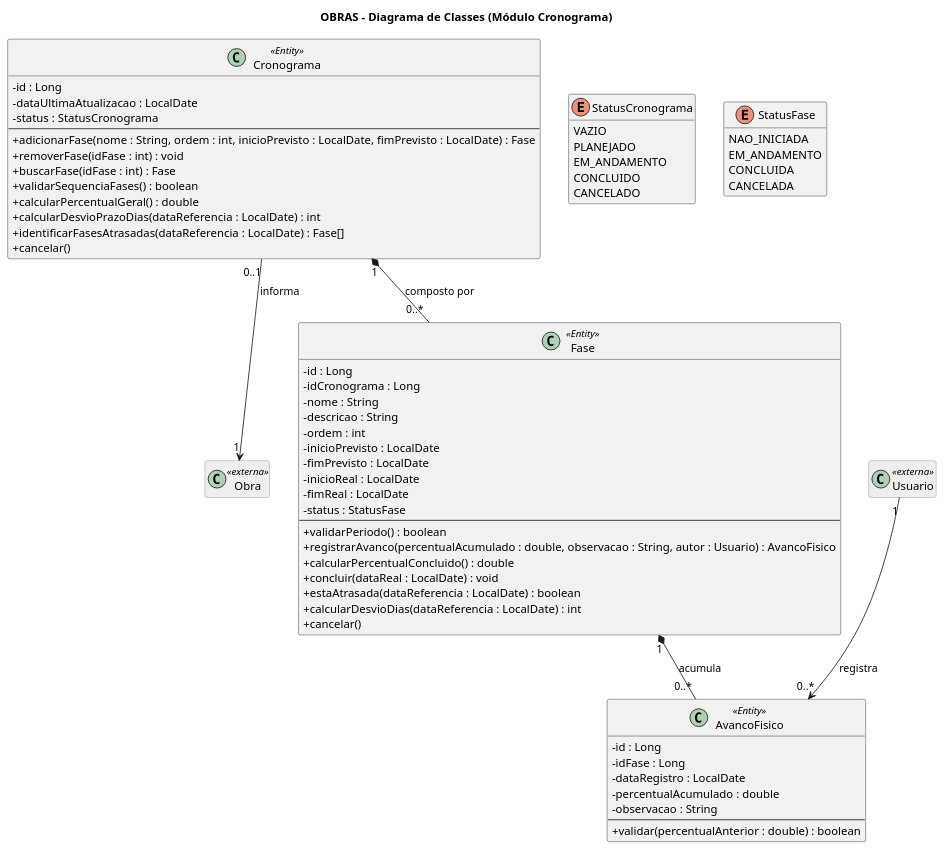
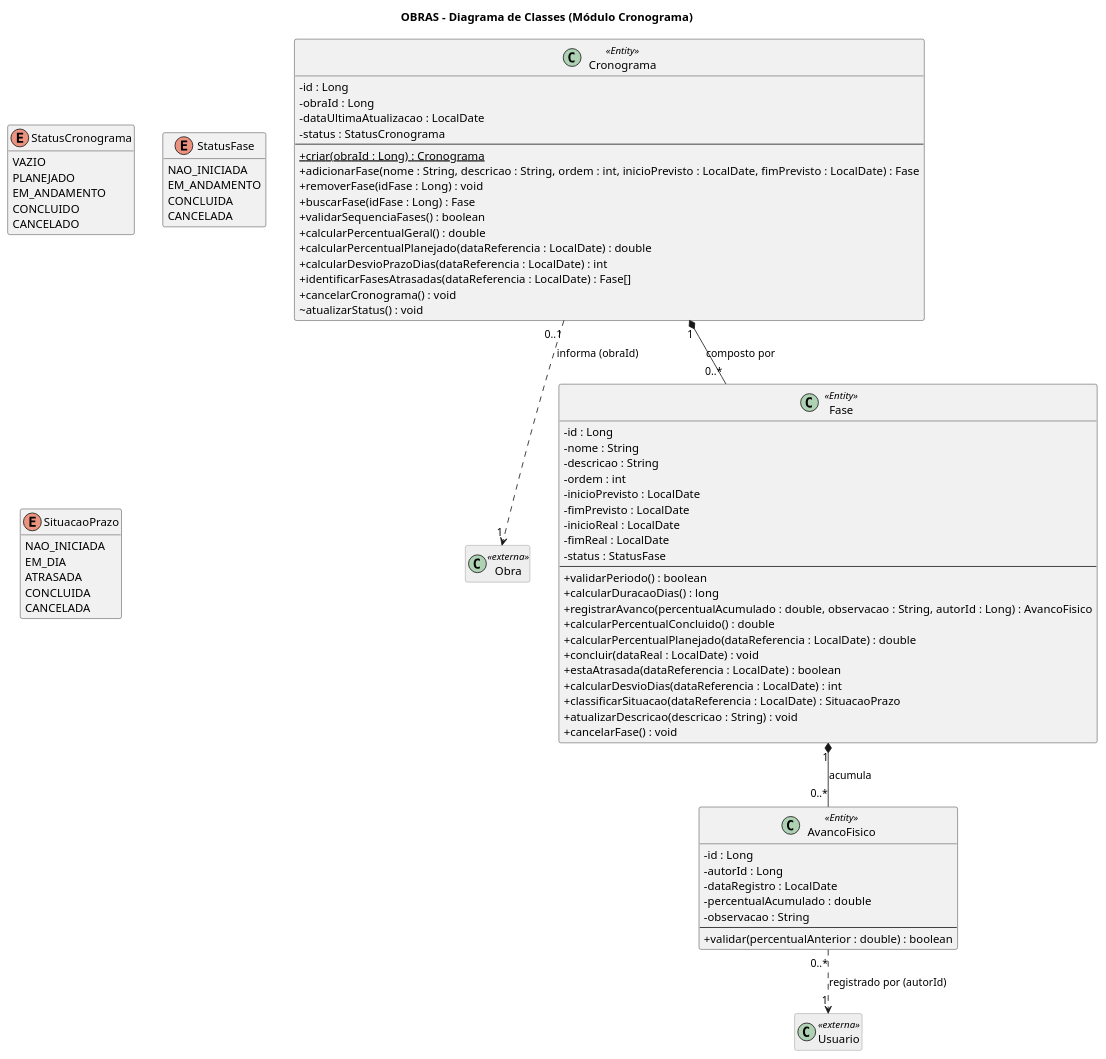
One commit to bernardoanobrega/oBRAS changed the diagram in Diagramas de classe/Modulo_Cronograma/analysis-cronograma.puml. Above: the diagram before and after it, drawn with PlantUML.

Commit message:
docs(cronograma): atualização do diagrama de classe

```diff
--- a/Diagramas de classe/Modulo_Cronograma/analysis-cronograma.puml
+++ b/Diagramas de classe/Modulo_Cronograma/analysis-cronograma.puml
@@ -1,83 +1,98 @@
 @startuml cronograma-class-diagram
 title OBRAS - Diagrama de Classes (Módulo Cronograma)
 
 skinparam classAttributeIconSize 0
 skinparam ClassFontSize 14
 skinparam classBackgroundColor<<externa>> #EEEEEE
 skinparam classBorderColor<<externa>> #888888
 hide empty members
 
 ' ===== CLASSES EXTERNAS =====
 class Obra <<externa>>
 class Usuario <<externa>>
 
 ' ===== NÚCLEO =====
 class Cronograma <<Entity>> {
   -id : Long
+  -obraId : Long
   -dataUltimaAtualizacao : LocalDate
   -status : StatusCronograma
   --
-  +adicionarFase(nome : String, ordem : int, inicioPrevisto : LocalDate, fimPrevisto : LocalDate) : Fase
-  +removerFase(idFase : int) : void
-  +buscarFase(idFase : int) : Fase
+  {static} +criar(obraId : Long) : Cronograma
+  +adicionarFase(nome : String, descricao : String, ordem : int, inicioPrevisto : LocalDate, fimPrevisto : LocalDate) : Fase
+  +removerFase(idFase : Long) : void
+  +buscarFase(idFase : Long) : Fase
   +validarSequenciaFases() : boolean
   +calcularPercentualGeral() : double
+  +calcularPercentualPlanejado(dataReferencia : LocalDate) : double
   +calcularDesvioPrazoDias(dataReferencia : LocalDate) : int
   +identificarFasesAtrasadas(dataReferencia : LocalDate) : Fase[]
-  +cancelar()
+  +cancelarCronograma() : void
+  ~atualizarStatus() : void
 }
 
 class Fase <<Entity>> {
   -id : Long
-  -idCronograma : Long
   -nome : String
   -descricao : String
   -ordem : int
   -inicioPrevisto : LocalDate
   -fimPrevisto : LocalDate
   -inicioReal : LocalDate
   -fimReal : LocalDate
   -status : StatusFase
   --
   +validarPeriodo() : boolean
-  +registrarAvanco(percentualAcumulado : double, observacao : String, autor : Usuario) : AvancoFisico
+  +calcularDuracaoDias() : long
+  +registrarAvanco(percentualAcumulado : double, observacao : String, autorId : Long) : AvancoFisico
   +calcularPercentualConcluido() : double
+  +calcularPercentualPlanejado(dataReferencia : LocalDate) : double
   +concluir(dataReal : LocalDate) : void
   +estaAtrasada(dataReferencia : LocalDate) : boolean
   +calcularDesvioDias(dataReferencia : LocalDate) : int
-  +cancelar()
+  +classificarSituacao(dataReferencia : LocalDate) : SituacaoPrazo
+  +atualizarDescricao(descricao : String) : void
+  +cancelarFase() : void
 }
 
 class AvancoFisico <<Entity>> {
   -id : Long
-  -idFase : Long
+  -autorId : Long
   -dataRegistro : LocalDate
   -percentualAcumulado : double
   -observacao : String
   --
   +validar(percentualAnterior : double) : boolean
 }
 
 ' ===== ENUMERAÇÕES =====
 enum StatusCronograma {
   VAZIO
   PLANEJADO
   EM_ANDAMENTO
   CONCLUIDO
   CANCELADO
 }
 
 enum StatusFase {
   NAO_INICIADA
   EM_ANDAMENTO
   CONCLUIDA
   CANCELADA
 }
 
+enum SituacaoPrazo {
+  NAO_INICIADA
+  EM_DIA
+  ATRASADA
+  CONCLUIDA
+  CANCELADA
+}
+
 ' ===== RELAÇÕES =====
-Cronograma "0..1" --> "1" Obra : informa
+Cronograma "0..1" ..> "1" Obra : informa (obraId)
 Cronograma "1" *-- "0..*" Fase : composto por
 Fase "1" *-- "0..*" AvancoFisico : acumula
-Usuario "1" --> "0..*" AvancoFisico : registra
+AvancoFisico "0..*" ..> "1" Usuario : registrado por (autorId)
 
 @enduml
```
